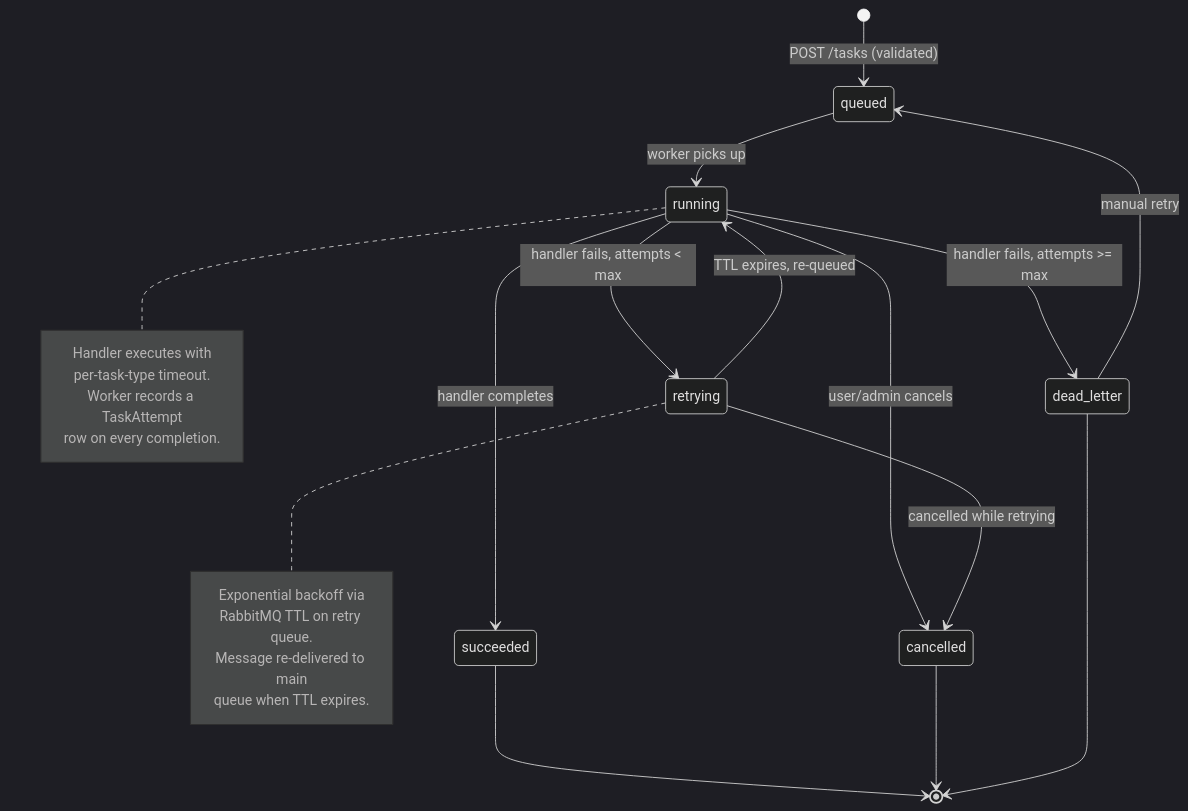
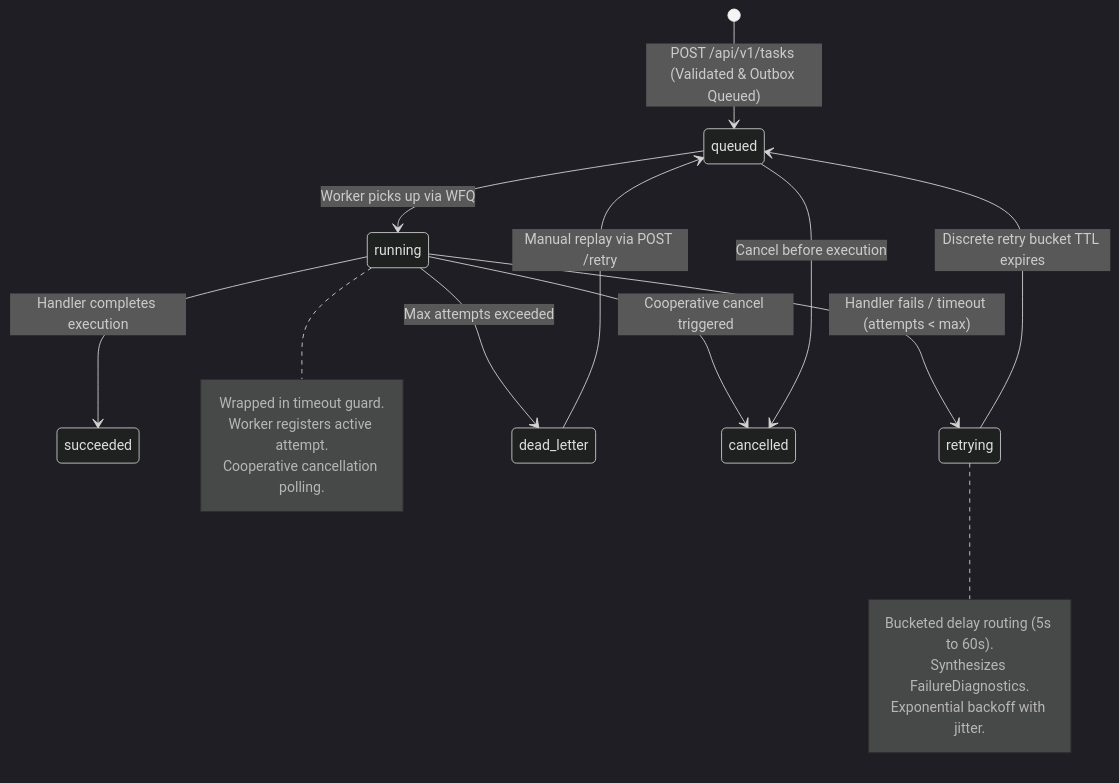
One commit to AJambla/TaskForge-Distributed-Task-Processing-Platform changed the second of 2 diagrams in README.md. Above: the diagram before and after it, drawn with Mermaid (dark theme). The commit also changed other lines of this file, not shown here.

Commit message:
docs: overhaul README with 5 pillars, architecture, benchmark metrics, and comparison [Step 7.1]

````diff
--- a/README.md
+++ b/README.md
@@ -72,29 +178,24 @@
 ```mermaid
 stateDiagram-v2
-    [*] --> queued : POST /tasks (validated)
-    queued --> running : worker picks up
-    running --> succeeded : handler completes
-    running --> retrying : handler fails, attempts < max
-    running --> dead_letter : handler fails, attempts >= max
-    running --> cancelled : user/admin cancels
-    retrying --> running : TTL expires, re-queued
-    retrying --> cancelled : cancelled while retrying
-    dead_letter --> queued : manual retry
-    succeeded --> [*]
-    cancelled --> [*]
-    dead_letter --> [*]
-
+    [*] --> queued : POST /api/v1/tasks (Validated & Outbox Queued)
+    queued --> running : Worker picks up via WFQ
+    running --> succeeded : Handler completes execution
+    running --> retrying : Handler fails / timeout (attempts < max)
+    running --> dead_letter : Max attempts exceeded
+    running --> cancelled : Cooperative cancel triggered
+    queued --> cancelled : Cancel before execution
+    retrying --> queued : Discrete retry bucket TTL expires
+    dead_letter --> queued : Manual replay via POST /retry
+    
     note right of running
-      Handler executes with
-      per-task-type timeout.
-      Worker records a TaskAttempt
-      row on every completion.
+      Wrapped in timeout guard.
+      Worker registers active attempt.
+      Cooperative cancellation polling.
     end note
 
     note right of retrying
-      Exponential backoff via
-      RabbitMQ TTL on retry queue.
-      Message re-delivered to main
-      queue when TTL expires.
+      Bucketed delay routing (5s to 60s).
+      Synthesizes FailureDiagnostics.
+      Exponential backoff with jitter.
     end note
 ```
````
